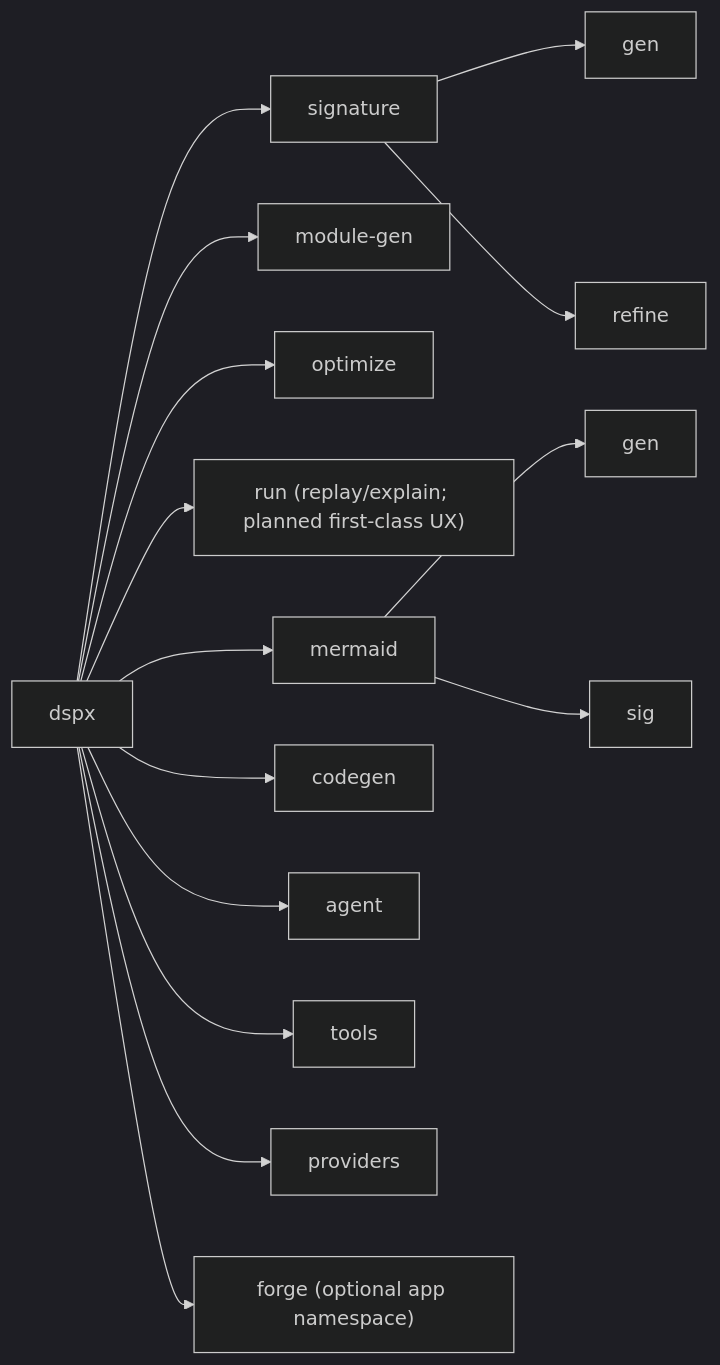
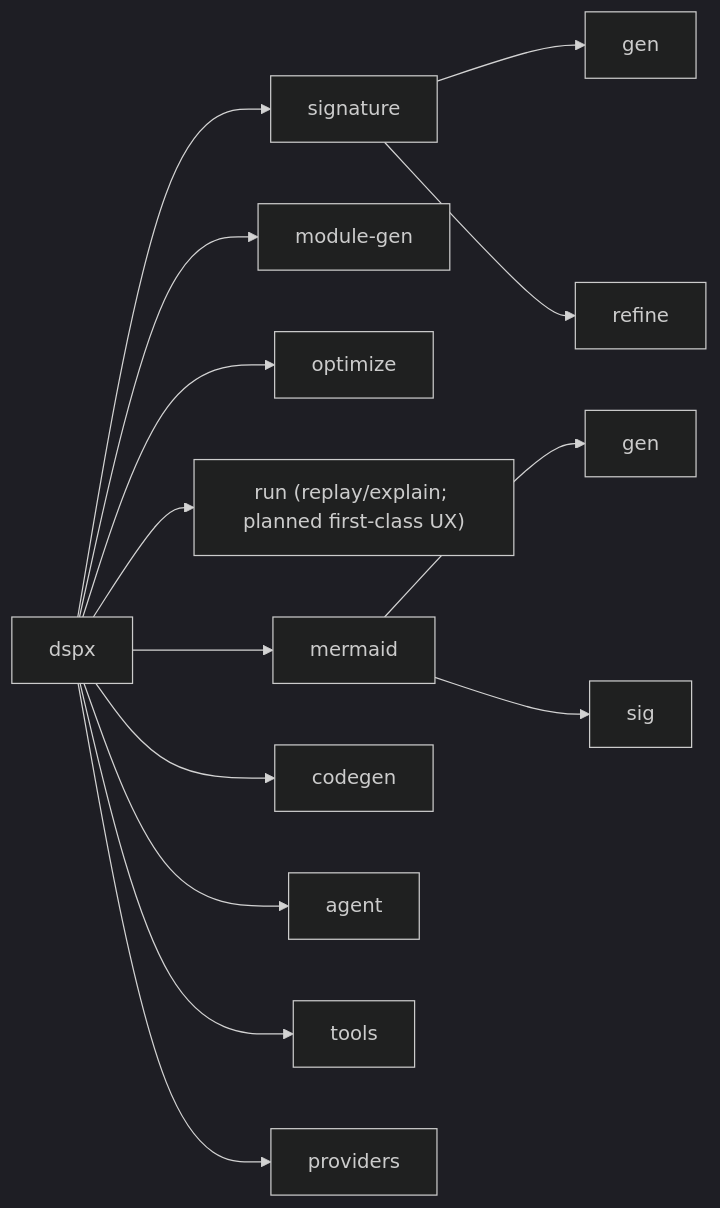
One commit to tryingET/dspx changed the second of 6 diagrams in docs/ARCHITECTURE.md. Above: the diagram before and after it, drawn with Mermaid (dark theme). The commit also changed other lines of this file and 8 other files, not shown here.

````diff
--- a/docs/ARCHITECTURE.md
+++ b/docs/ARCHITECTURE.md
@@ -110,17 +110,16 @@
 ```mermaid
 graph LR
   DSPX["dspx"] --> Sig["signature"]
   Sig --> SigGen["gen"]
   Sig --> SigRef["refine"]
   DSPX --> Mod["module-gen"]
   DSPX --> Opt["optimize"]
   DSPX --> Run["run (replay/explain; planned first-class UX)"]
   DSPX --> Mermaid["mermaid"]
   Mermaid --> MGen["gen"]
   Mermaid --> MSig["sig"]
   DSPX --> Code["codegen"]
   DSPX --> Agent["agent"]
   DSPX --> Tools["tools"]
   DSPX --> Prov["providers"]
-  DSPX --> Forge["forge (optional app namespace)"]
 ```
````
